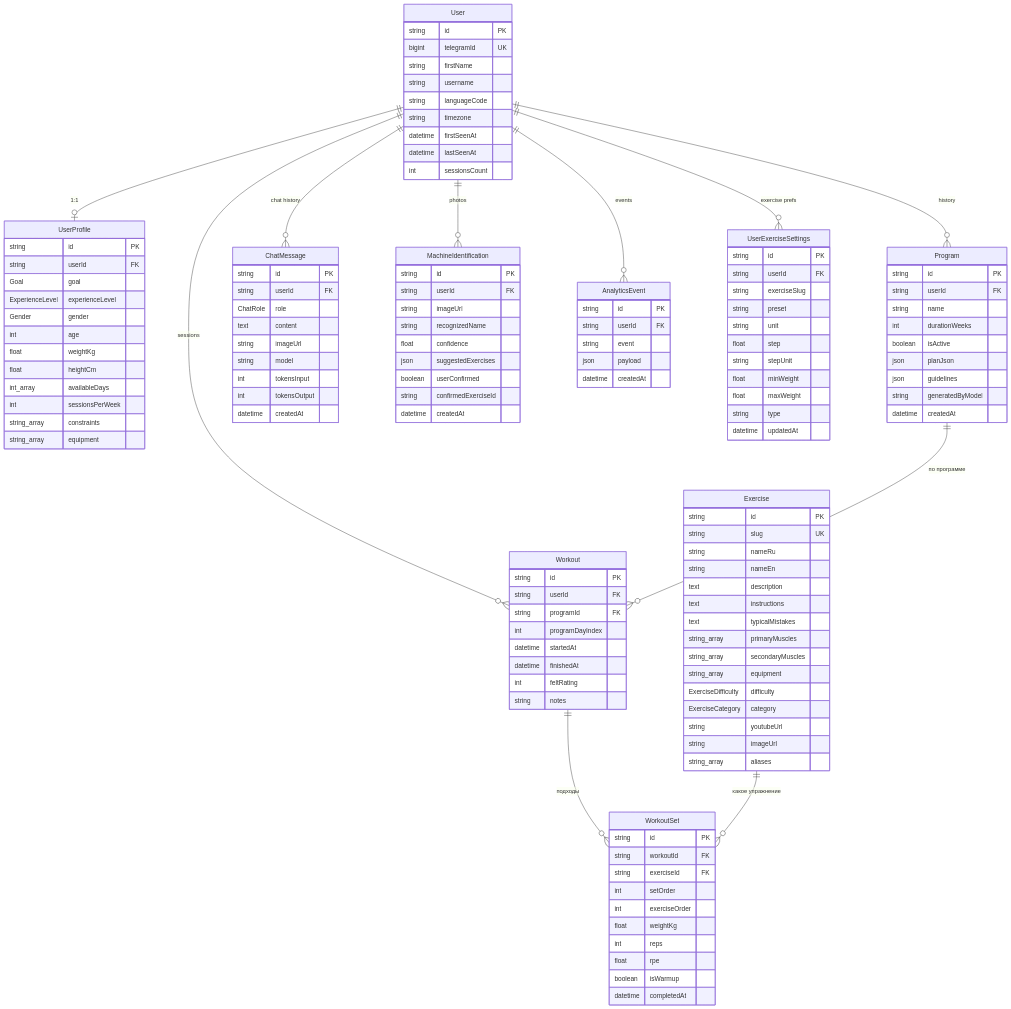
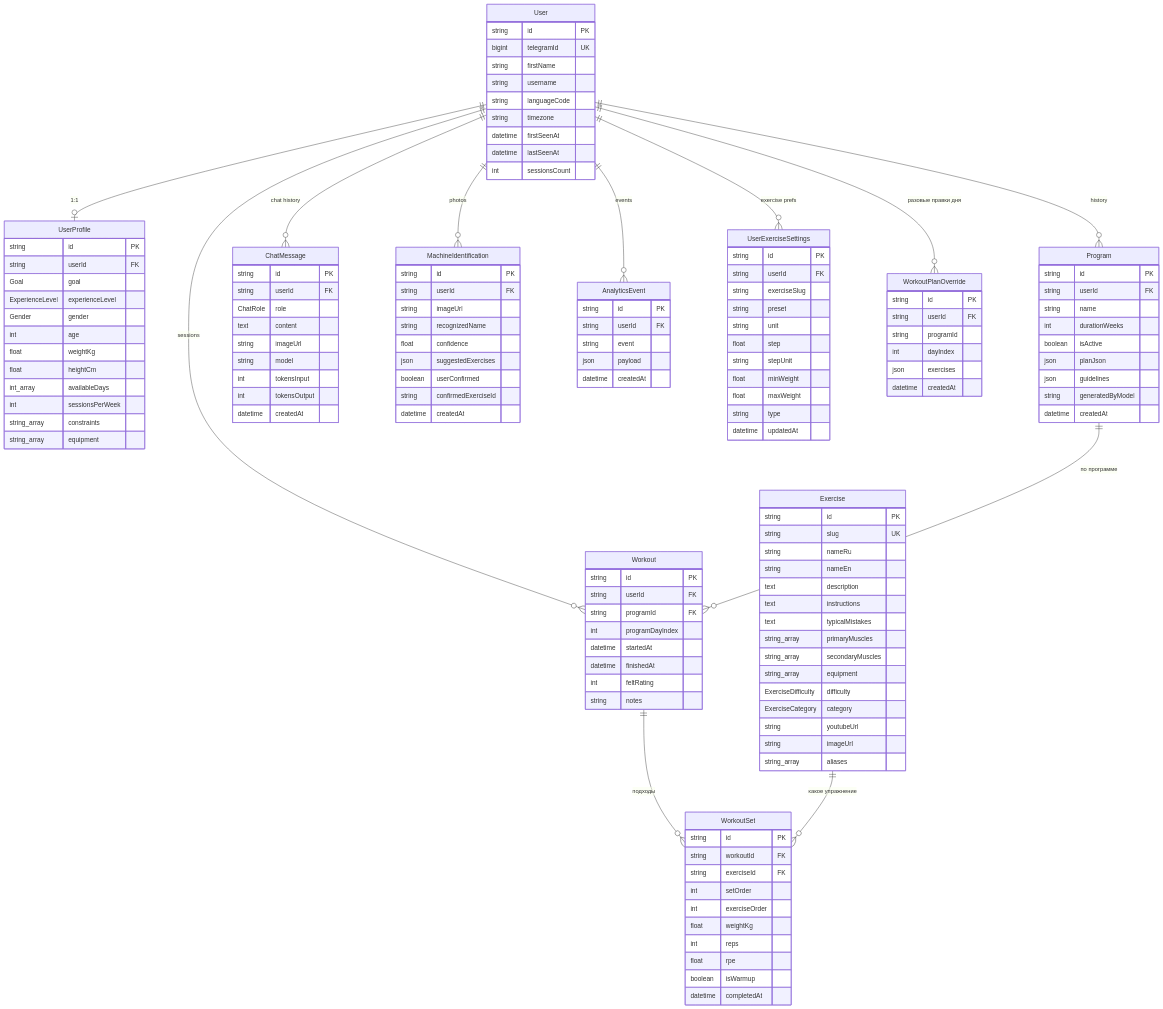
One commit to vvopeshko/ai-trainer changed the second of 2 diagrams in product/ARCHITECTURE.md. Above: the diagram before and after it, drawn with Mermaid. The commit also changed other lines of this file and 4 other files, not shown here.

````diff
--- a/product/ARCHITECTURE.md
+++ b/product/ARCHITECTURE.md
@@ -277,6 +283,7 @@
     User ||--o{ MachineIdentification : "photos"
     User ||--o{ AnalyticsEvent : "events"
     User ||--o{ UserExerciseSettings : "exercise prefs"
+    User ||--o{ WorkoutPlanOverride : "разовые правки дня"
 
     Program ||--o{ Workout : "по программе"
     Workout ||--o{ WorkoutSet : "подходы"
@@ -408,4 +415,13 @@
         string type
         datetime updatedAt
     }
+
+    WorkoutPlanOverride {
+        string id PK
+        string userId FK
+        string programId
+        int dayIndex
+        json exercises
+        datetime createdAt
+    }
 ```
````
